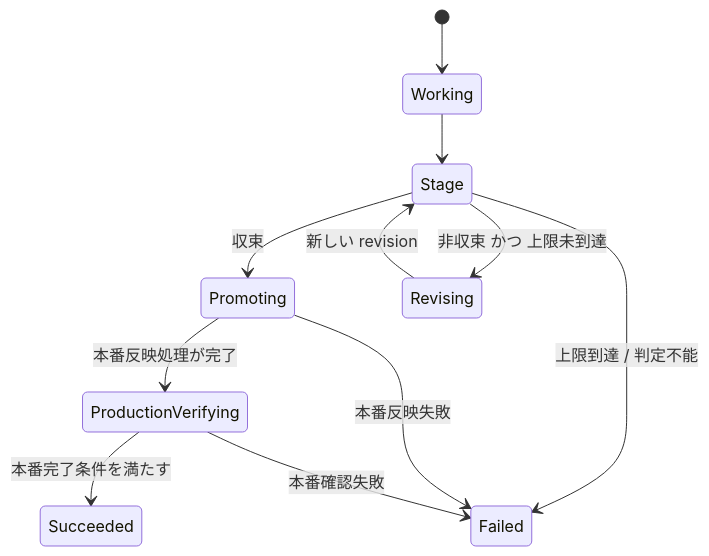
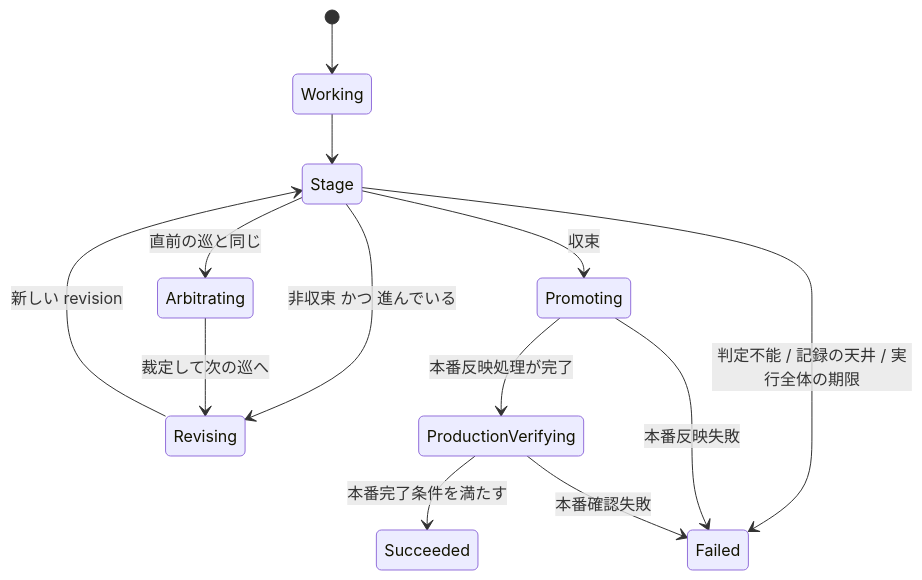
One commit to RHEMS-Japan/LassDas changed the first of 3 diagrams in README.md. Above: the diagram before and after it, drawn with Mermaid. The commit also changed other lines of this file and 1 other file, not shown here.

````diff
--- a/README.md
+++ b/README.md
@@ -204,13 +292,15 @@
 ```mermaid
 stateDiagram-v2
     [*] --> Working
     Working --> Stage
     Stage --> Promoting: 収束
-    Stage --> Revising: 非収束 かつ 上限未到達
+    Stage --> Revising: 非収束 かつ 進んでいる
     Revising --> Stage: 新しい revision
-    Stage --> Failed: 上限到達 / 判定不能
+    Stage --> Arbitrating: 直前の巡と同じ
+    Arbitrating --> Revising: 裁定して次の巡へ
+    Stage --> Failed: 判定不能 / 記録の天井 / 実行全体の期限
     Promoting --> ProductionVerifying: 本番反映処理が完了
     Promoting --> Failed: 本番反映失敗
     ProductionVerifying --> Succeeded: 本番完了条件を満たす
     ProductionVerifying --> Failed: 本番確認失敗
 ```
````
